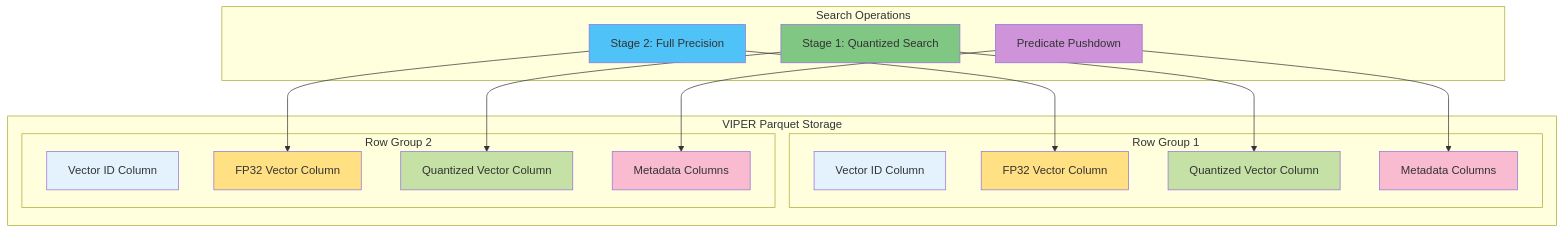
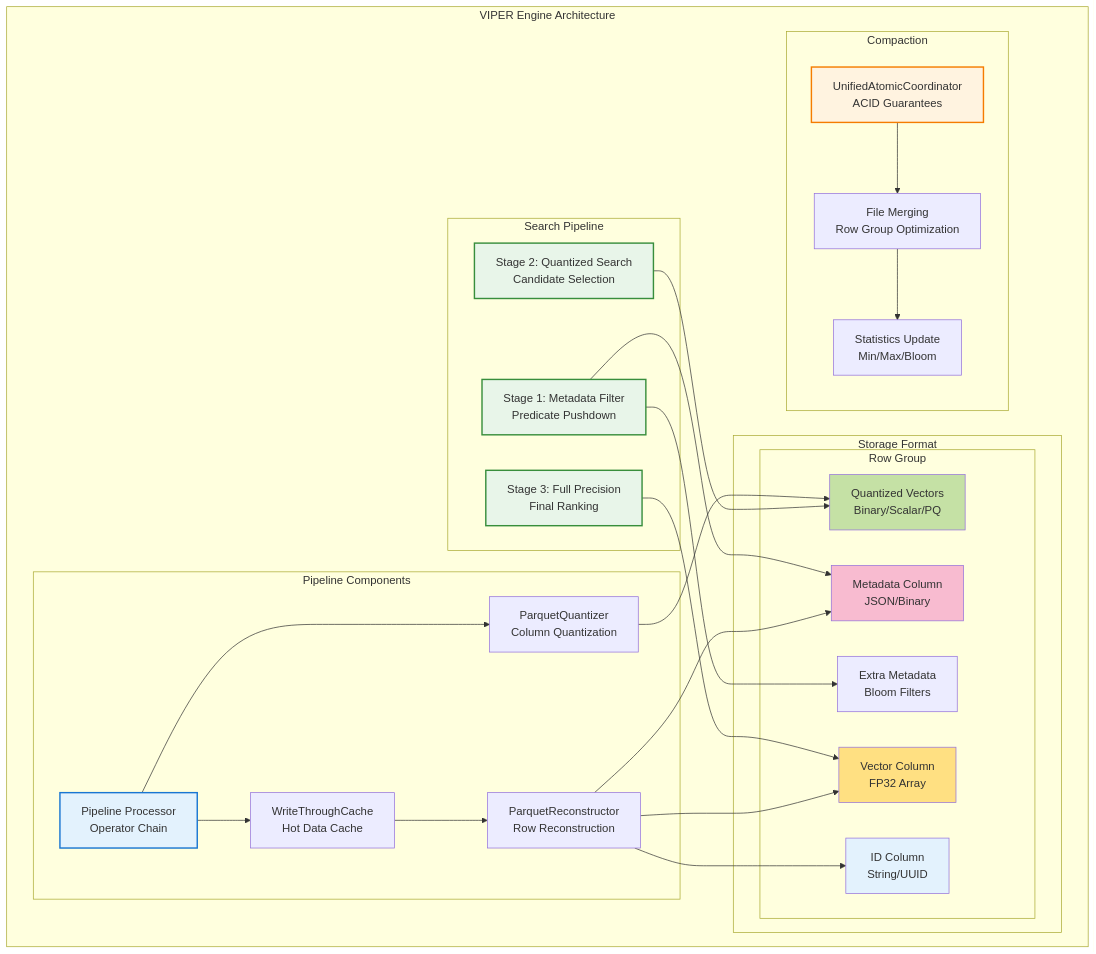
One commit to vjsingh1984/proximaDB changed the diagram in docs/diagrams/viper-quantization.mmd. Above: the diagram before and after it, drawn with Mermaid. The commit also changed 114 other files, not shown here.

```diff
--- a/docs/diagrams/viper-quantization.mmd
+++ b/docs/diagrams/viper-quantization.mmd
@@ -1,41 +1,62 @@
 graph TB
-    subgraph "VIPER Parquet Storage"
-        subgraph "Row Group 1"
-            A1[Vector ID Column]
-            A2[FP32 Vector Column]
-            A3[Quantized Vector Column]
-            A4[Metadata Columns]
+    subgraph "VIPER Engine Architecture"
+        subgraph "Pipeline Components"
+            PP[Pipeline Processor<br/>Operator Chain]
+            WT[WriteThroughCache<br/>Hot Data Cache]
+            PQ[ParquetQuantizer<br/>Column Quantization]
+            PR[ParquetReconstructor<br/>Row Reconstruction]
         end
         
-        subgraph "Row Group 2"
-            B1[Vector ID Column]
-            B2[FP32 Vector Column]
-            B3[Quantized Vector Column]
-            B4[Metadata Columns]
+        subgraph "Storage Format"
+            subgraph "Row Group"
+                ID[ID Column<br/>String/UUID]
+                VEC[Vector Column<br/>FP32 Array]
+                QVEC[Quantized Vectors<br/>Binary/Scalar/PQ]
+                META[Metadata Column<br/>JSON/Binary]
+                EXTRA[Extra Metadata<br/>Bloom Filters]
+            end
+        end
+        
+        subgraph "Search Pipeline"
+            S1[Stage 1: Metadata Filter<br/>Predicate Pushdown]
+            S2[Stage 2: Quantized Search<br/>Candidate Selection]
+            S3[Stage 3: Full Precision<br/>Final Ranking]
+        end
+        
+        subgraph "Compaction"
+            UAC[UnifiedAtomicCoordinator<br/>ACID Guarantees]
+            MERGE[File Merging<br/>Row Group Optimization]
+            STATS[Statistics Update<br/>Min/Max/Bloom]
         end
     end
     
-    subgraph "Search Operations"
-        C[Stage 1: Quantized Search]
-        D[Stage 2: Full Precision]
-        E[Predicate Pushdown]
-    end
+    %% Pipeline flow
+    PP --> WT
+    PP --> PQ
+    WT --> PR
+    PQ --> QVEC
     
-    C --> A3
-    C --> B3
-    D --> A2
-    D --> B2
-    E --> A4
-    E --> B4
+    %% Search flow
+    S1 --> META
+    S1 --> EXTRA
+    S2 --> QVEC
+    S3 --> VEC
     
-    style A1 fill:#E3F2FD
-    style A2 fill:#FFE082
-    style A3 fill:#C5E1A5
-    style A4 fill:#F8BBD0
-    style B1 fill:#E3F2FD
-    style B2 fill:#FFE082
-    style B3 fill:#C5E1A5
-    style B4 fill:#F8BBD0
-    style C fill:#81C784
-    style D fill:#4FC3F7
-    style E fill:#CE93D8
+    %% Compaction flow
+    UAC --> MERGE
+    MERGE --> STATS
+    
+    %% Storage connections
+    PR --> ID
+    PR --> VEC
+    PR --> META
+    
+    style PP fill:#e3f2fd,stroke:#1976d2,stroke-width:2px
+    style UAC fill:#fff3e0,stroke:#f57c00,stroke-width:2px
+    style S1 fill:#e8f5e9,stroke:#388e3c,stroke-width:2px
+    style S2 fill:#e8f5e9,stroke:#388e3c,stroke-width:2px
+    style S3 fill:#e8f5e9,stroke:#388e3c,stroke-width:2px
+    style ID fill:#E3F2FD
+    style VEC fill:#FFE082
+    style QVEC fill:#C5E1A5
+    style META fill:#F8BBD0
```
